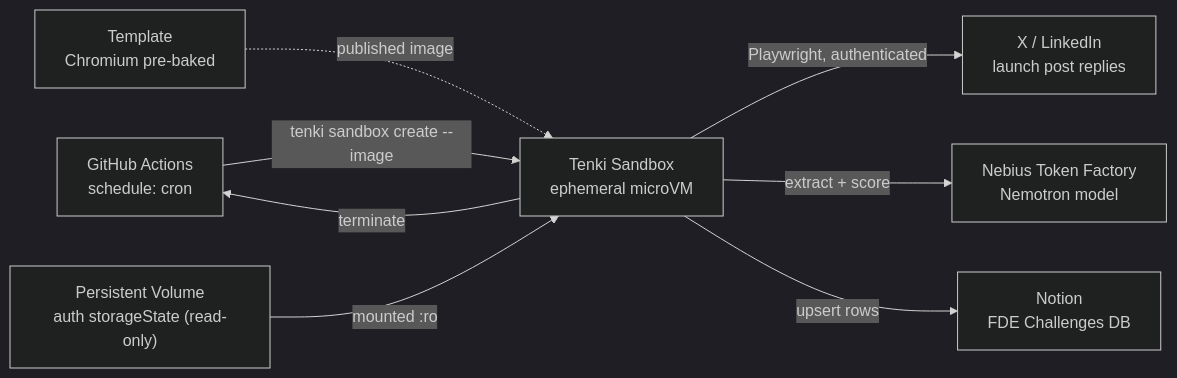
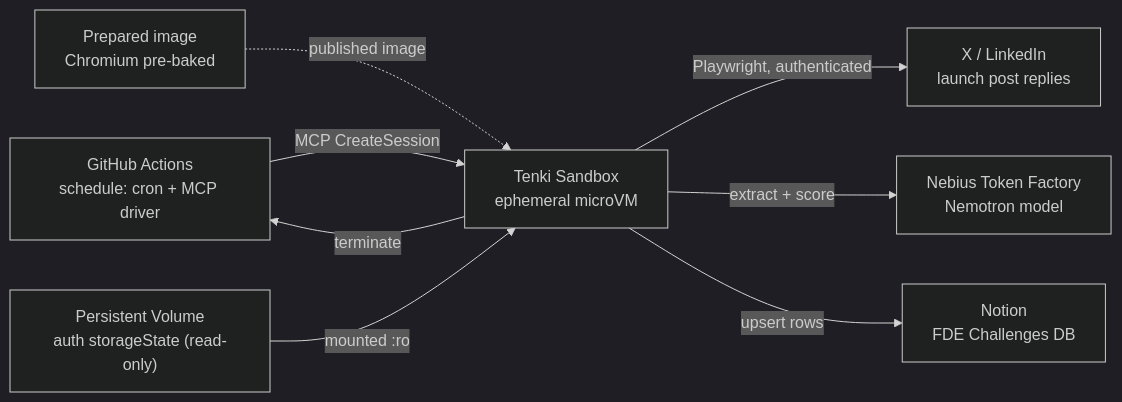
The diagram in video-tutorial-script.md (fruteroclub/fde-challenges-social-intake), drawn with Mermaid (dark theme) before and after one commit. The commit also changed other lines of this file and 11 other files, not shown here.

First line of the commit message:
Add pinned Tenki MCP fallback while CLI API-key scope bug is open

````diff
--- a/video-tutorial-script.md
+++ b/video-tutorial-script.md
@@ -90,18 +91,18 @@
 ```mermaid
 flowchart LR
-  gha["GitHub Actions<br/>schedule: cron"]
+  gha["GitHub Actions<br/>schedule: cron + MCP driver"]
   tenki["Tenki Sandbox<br/>ephemeral microVM"]
-  tpl["Template<br/>Chromium pre-baked"]
+  tpl["Prepared image<br/>Chromium pre-baked"]
   vol["Persistent Volume<br/>auth storageState (read-only)"]
   post["X / LinkedIn<br/>launch post replies"]
   tf["Nebius Token Factory<br/>Nemotron model"]
   notion["Notion<br/>FDE Challenges DB"]
 
-  gha -->|"tenki sandbox create --image"| tenki
+  gha -->|"MCP CreateSession"| tenki
   tpl -.->|"published image"| tenki
   vol -->|"mounted :ro"| tenki
   tenki -->|"Playwright, authenticated"| post
   tenki -->|"extract + score"| tf
   tenki -->|"upsert rows"| notion
   tenki -->|"terminate"| gha
 ```
````
